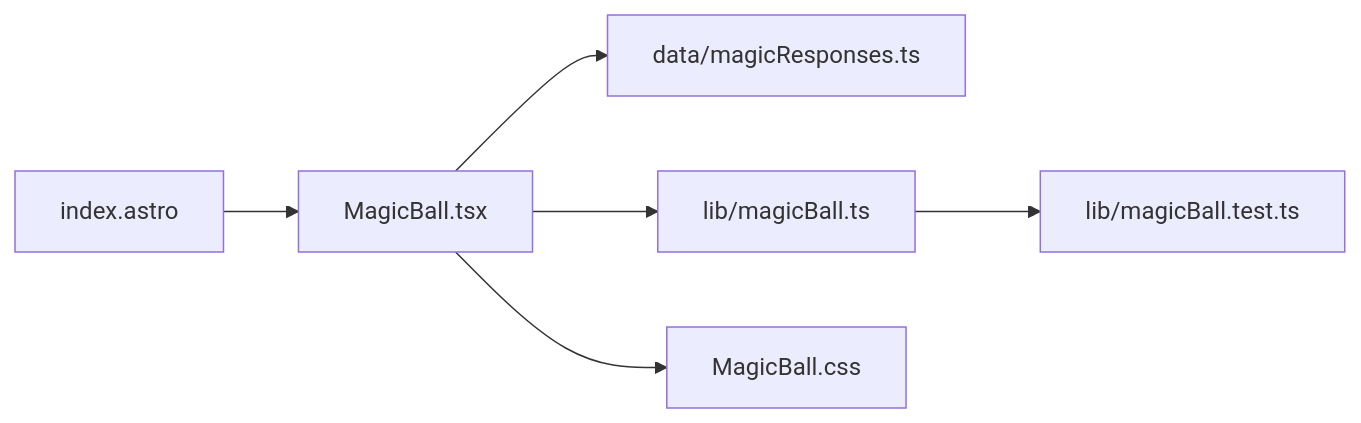
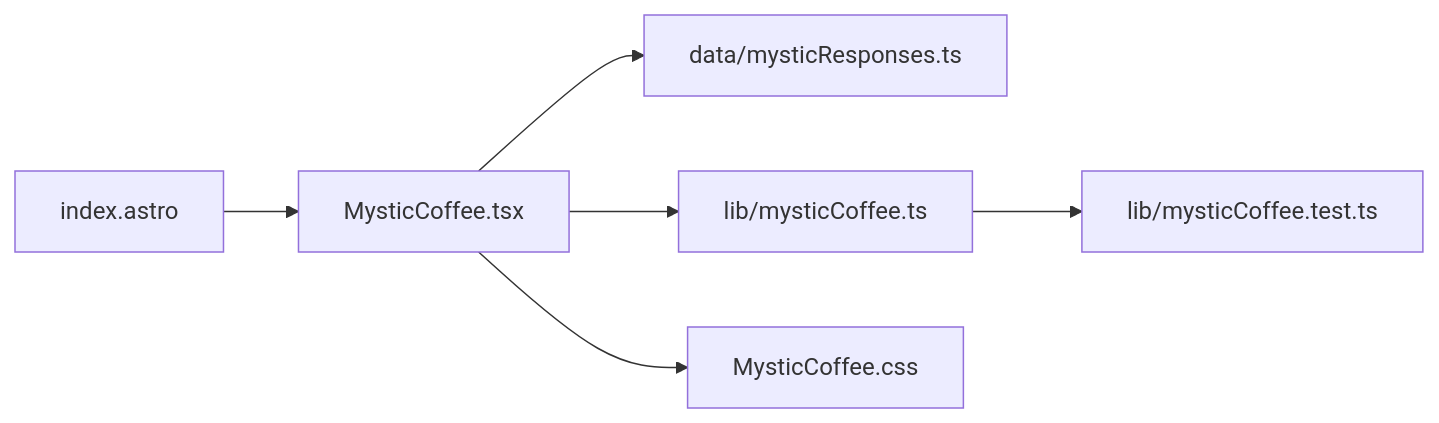
One commit to jsousaliz/jsousaliz.github.io changed the second of 2 diagrams in docs/GUIA-DE-ARQUITETURA.md. Above: the diagram before and after it, drawn with Mermaid. The commit also changed other lines of this file and 40 other files, not shown here.

````diff
--- a/docs/GUIA-DE-ARQUITETURA.md
+++ b/docs/GUIA-DE-ARQUITETURA.md
@@ -199,8 +203,8 @@
 ```mermaid
 flowchart LR
-    Index[index.astro] --> Ball[MagicBall.tsx]
-    Ball --> Responses[data/magicResponses.ts]
-    Ball --> Logic[lib/magicBall.ts]
-    Ball --> CSS[MagicBall.css]
-    Logic --> Test[lib/magicBall.test.ts]
+    Index[index.astro] --> Ball[MysticCoffee.tsx]
+    Ball --> Responses[data/mysticResponses.ts]
+    Ball --> Logic[lib/mysticCoffee.ts]
+    Ball --> CSS[MysticCoffee.css]
+    Logic --> Test[lib/mysticCoffee.test.ts]
 ```
````
